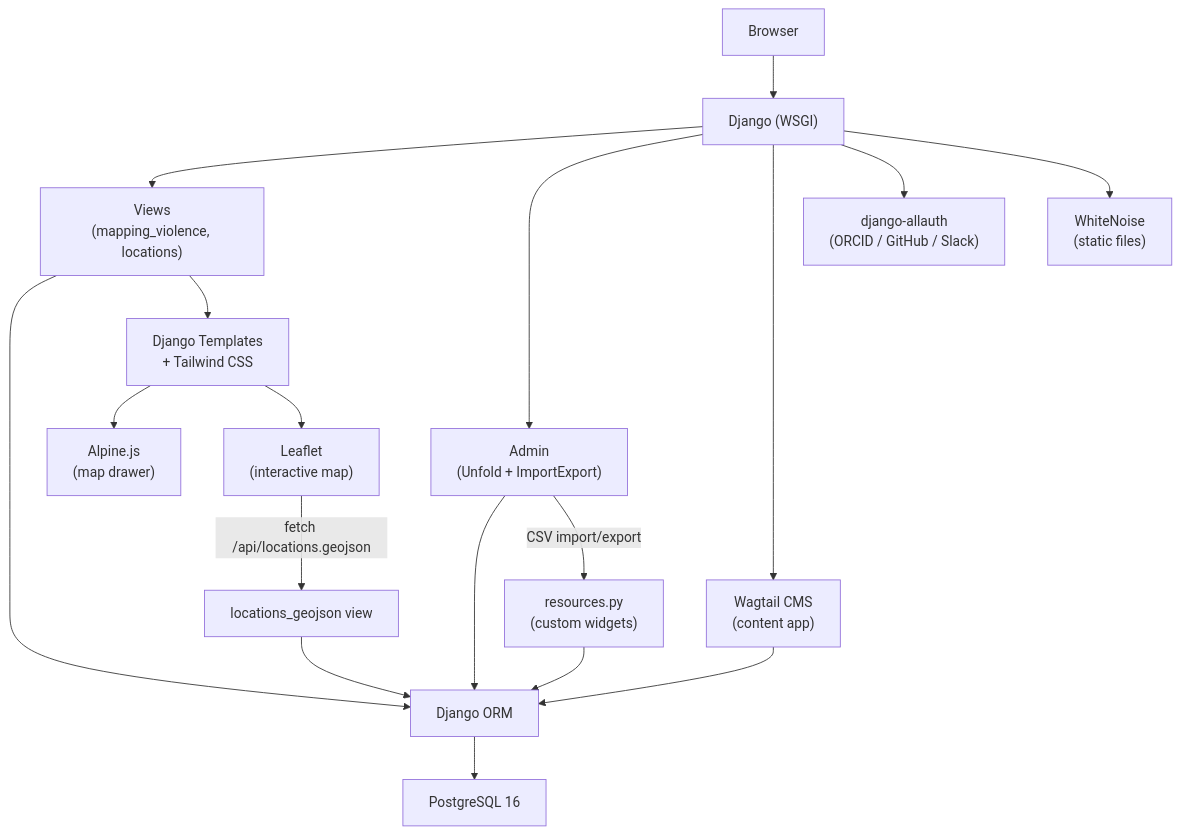
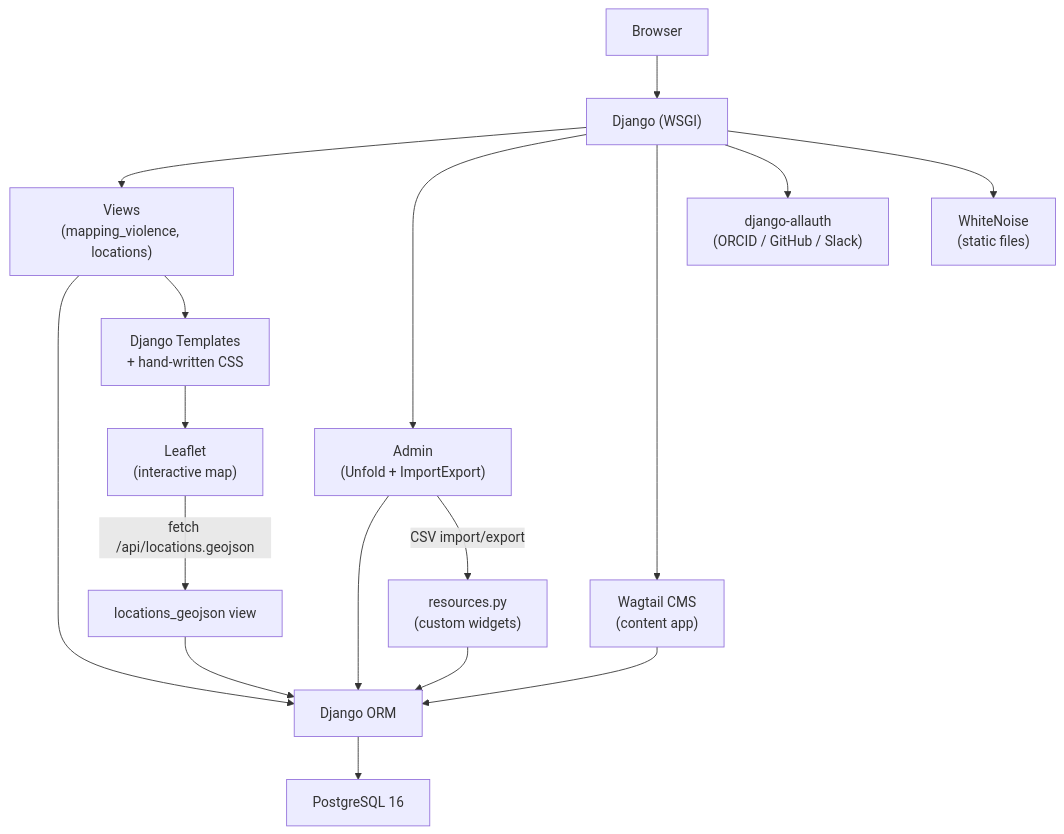
The diagram in AGENTS.md (chnm/mv-django), drawn with Mermaid before and after one commit. The commit also changed other lines of this file and 54 other files, not shown here.

First line of the commit message:
Remove Tailwind; replace with hand-written CSS matching the design 1:1

````diff
--- a/AGENTS.md
+++ b/AGENTS.md
@@ -196,20 +190,19 @@
 ```mermaid
 graph TD
     Browser["Browser"] --> Django["Django (WSGI)"]
     Django --> Views["Views\n(mapping_violence, locations)"]
     Django --> Admin["Admin\n(Unfold + ImportExport)"]
     Django --> Wagtail["Wagtail CMS\n(content app)"]
     Views --> ORM["Django ORM"]
     Admin --> ORM
     Wagtail --> ORM
     ORM --> PG["PostgreSQL 16"]
-    Views --> Templates["Django Templates\n+ Tailwind CSS"]
-    Templates --> AlpineJS["Alpine.js\n(map drawer)"]
+    Views --> Templates["Django Templates\n+ hand-written CSS"]
     Templates --> Leaflet["Leaflet\n(interactive map)"]
     Leaflet -->|"fetch /api/locations.geojson"| GeoJSON["locations_geojson view"]
     GeoJSON --> ORM
     Admin -->|"CSV import/export"| Resources["resources.py\n(custom widgets)"]
     Resources --> ORM
     Django --> Allauth["django-allauth\n(ORCID / GitHub / Slack)"]
     Django --> WhiteNoise["WhiteNoise\n(static files)"]
 ```
````
